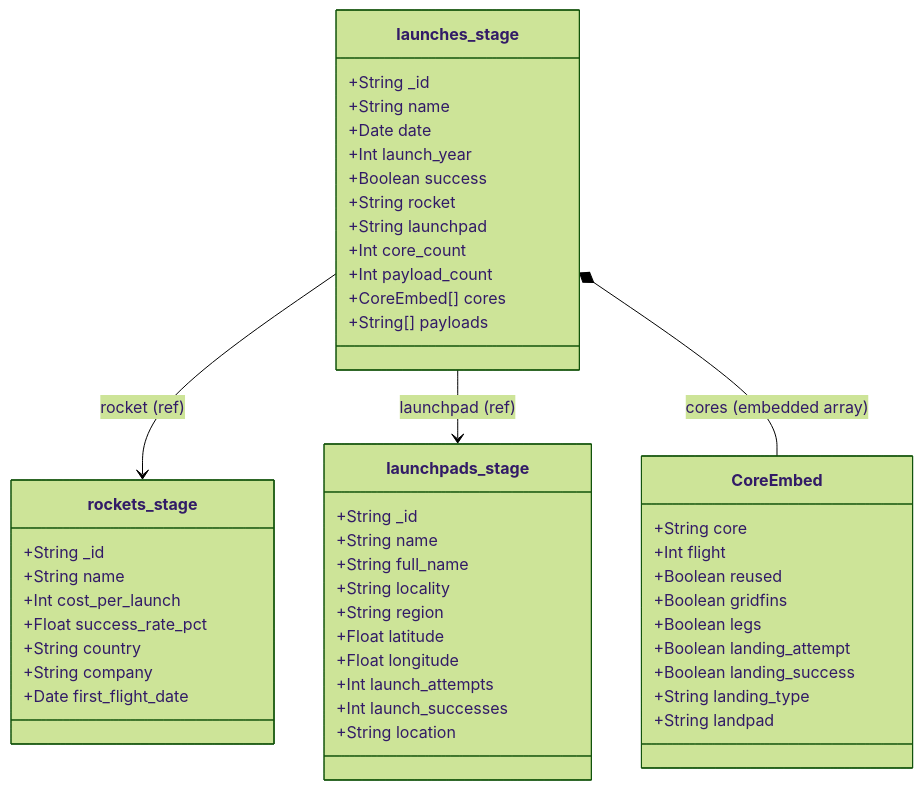
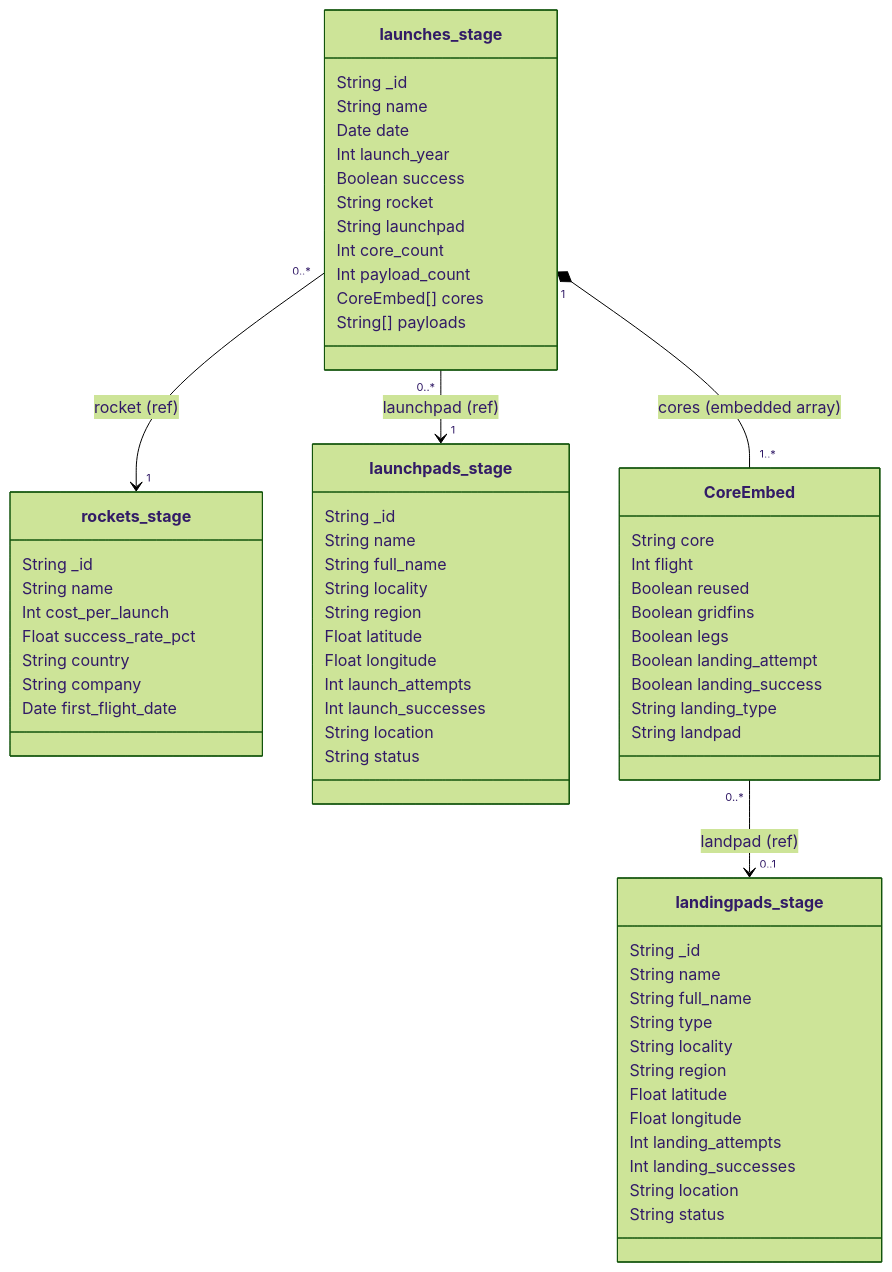
One commit to Azeglio123/NoSQL-Lab changed the diagram in Personal_project.qmd. Above: the diagram before and after it, drawn with Mermaid (forest theme). The commit also changed other lines of this file, not shown here.

````diff
--- a/Personal_project.qmd
+++ b/Personal_project.qmd
@@ -483,60 +628,72 @@
 ```{mermaid}
 %%| label: class-diagramm
 %%| fig-width: 4
 %%| fig-height: 5
 
 classDiagram
-    class launches_stage {
-        +String _id
-        +String name
-        +Date date
-        +Int launch_year
-        +Boolean success
-        +String rocket
-        +String launchpad
-        +Int core_count
-        +Int payload_count
-        +CoreEmbed[] cores
-        +String[] payloads
-    }
-
-    class CoreEmbed {
-        +String core
-        +Int flight
-        +Boolean reused
-        +Boolean gridfins
-        +Boolean legs
-        +Boolean landing_attempt
-        +Boolean landing_success
-        +String landing_type
-        +String landpad
-    }
-
-    class rockets_stage {
-        +String _id
-        +String name
-        +Int cost_per_launch
-        +Float success_rate_pct
-        +String country
-        +String company
-        +Date first_flight_date
-    }
-
-    class launchpads_stage {
-        +String _id
-        +String name
-        +String full_name
-        +String locality
-        +String region
-        +Float latitude
-        +Float longitude
-        +Int launch_attempts
-        +Int launch_successes
-        +String location
-    }
-
-    launches_stage --> rockets_stage : rocket (ref)
-    launches_stage --> launchpads_stage : launchpad (ref)
-    launches_stage *-- CoreEmbed : cores (embedded array)
+class launches_stage {
+  String _id
+  String name
+  Date date
+  Int launch_year
+  Boolean success
+  String rocket
+  String launchpad
+  Int core_count
+  Int payload_count
+  CoreEmbed[] cores
+  String[] payloads
+}
+class rockets_stage {
+  String _id
+  String name
+  Int cost_per_launch
+  Float success_rate_pct
+  String country
+  String company
+  Date first_flight_date
+}
+class launchpads_stage {
+  String _id
+  String name
+  String full_name
+  String locality
+  String region
+  Float latitude
+  Float longitude
+  Int launch_attempts
+  Int launch_successes
+  String location
+  String status
+}
+class landingpads_stage {
+  String _id
+  String name
+  String full_name
+  String type
+  String locality
+  String region
+  Float latitude
+  Float longitude
+  Int landing_attempts
+  Int landing_successes
+  String location
+  String status
+}
+class CoreEmbed {
+  String core
+  Int flight
+  Boolean reused
+  Boolean gridfins
+  Boolean legs
+  Boolean landing_attempt
+  Boolean landing_success
+  String landing_type
+  String landpad
+}
+launches_stage "0..*" --> "1" rockets_stage : rocket (ref)
+launches_stage "0..*" --> "1" launchpads_stage : launchpad (ref)
+launches_stage "1" *-- "1..*" CoreEmbed : cores (embedded array)
+CoreEmbed "0..*" --> "0..1" landingpads_stage : landpad (ref)
 
 ```
````
